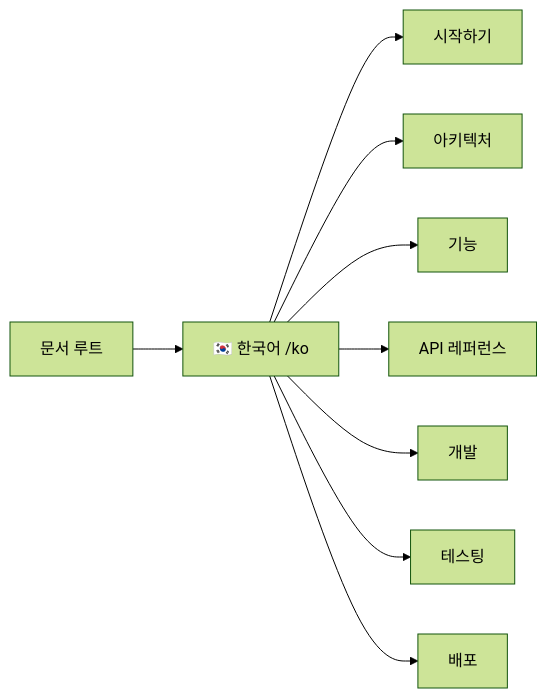
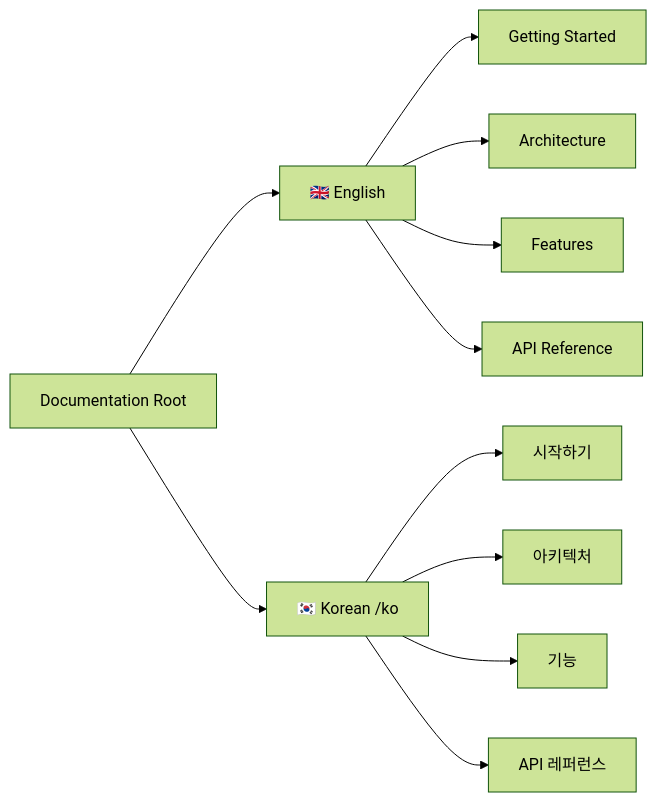
One commit to pghoya2956/GitLab-Bulk-Manager changed the diagram in frontend/docs/README.md. Above: the diagram before and after it, drawn with Mermaid (forest theme). The commit also changed other lines of this file and 7 other files, not shown here.

````diff
--- a/frontend/docs/README.md
+++ b/frontend/docs/README.md
@@ -22,12 +35,15 @@
 ```mermaid
 graph LR
-    A[문서 루트] --> K[🇰🇷 한국어 /ko]
+    A[Documentation Root] --> E[🇬🇧 English]
+    A --> K[🇰🇷 Korean /ko]
+    
+    E --> E1[Getting Started]
+    E --> E2[Architecture]
+    E --> E3[Features]
+    E --> E4[API Reference]
     
     K --> K1[시작하기]
     K --> K2[아키텍처]
     K --> K3[기능]
     K --> K4[API 레퍼런스]
-    K --> K5[개발]
-    K --> K6[테스팅]
-    K --> K7[배포]
 ```
````
